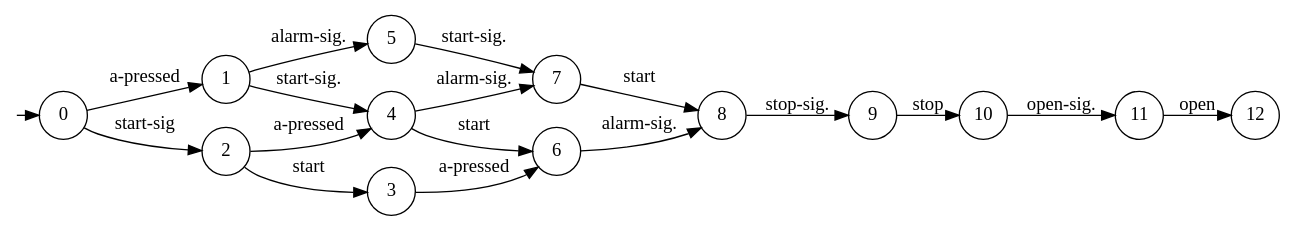
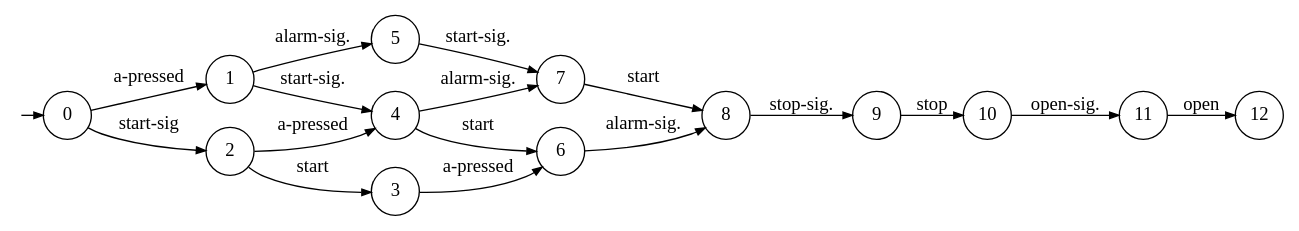
One commit to blambeau/phd changed the diagram in writing/src/2-framework/images/linearizations.dot. Above: the diagram before and after it, drawn with Graphviz. The commit also changed 29 other files, not shown here.

```diff
--- a/writing/src/2-framework/images/linearizations.dot
+++ b/writing/src/2-framework/images/linearizations.dot
@@ -1,35 +1,40 @@
 digraph G {
-  graph [rankdir="LR" ranksep=0];
-  node [fixedsize=true width=0.5];
-  zz [label="" color="white" fillcolor="white" shape="circle" style="filled" fixedsize=true width=0.0];
+  graph [pack=true rankdir=LR ranksep=0.01 margin=0];
+  node [shape=circle color=black width=0.5 height=0.5 fixedsize=true]
+  edge [arrowsize=0.7]
+
+  zz [label="" color="white" fillcolor="white" shape="circle" style="filled" 
+      width=0.05 height=0.05 fixedsize=true ];
+  zz -> 0 [label=""];
+
   0 [color="black" fillcolor="white" shape="circle" style="filled"];
   1 [color="black" fillcolor="white" shape="circle" style="filled"];
   2 [color="black" fillcolor="white" shape="circle" style="filled"];
   3 [color="black" fillcolor="white" shape="circle" style="filled"];
   4 [color="black" fillcolor="white" shape="circle" style="filled"];
   5 [color="black" fillcolor="white" shape="circle" style="filled"];
   6 [color="black" fillcolor="white" shape="circle" style="filled"];
   7 [color="black" fillcolor="white" shape="circle" style="filled"];
   8 [color="black" fillcolor="white" shape="circle" style="filled"];
   9 [color="black" fillcolor="white" shape="circle" style="filled"];
   10 [color="black" fillcolor="white" shape="circle" style="filled"];
   11 [color="black" fillcolor="white" shape="circle" style="filled"];
   12 [color="black" fillcolor="white" shape="circle" style="filled"];
-  zz -> 0 [label=""];
+
   10 -> 11 [label="open-sig."];
   11 -> 12 [label="open"];
   9 -> 10 [label="stop"];
   8 -> 9 [label="stop-sig."];
   6 -> 8 [label="alarm-sig."];
   7 -> 8 [label="start"];
   5 -> 7 [label="start-sig."];
   4 -> 7 [label="alarm-sig."];
   4 -> 6 [label="start"];
   1 -> 5 [label="alarm-sig."];
   1 -> 4 [label="start-sig."];
   2 -> 3 [label="start"];
   2 -> 4 [label="a-pressed"];
   0 -> 2 [label="start-sig"];
   0 -> 1 [label="a-pressed"];
   3 -> 6 [label="a-pressed"];
 }
```
